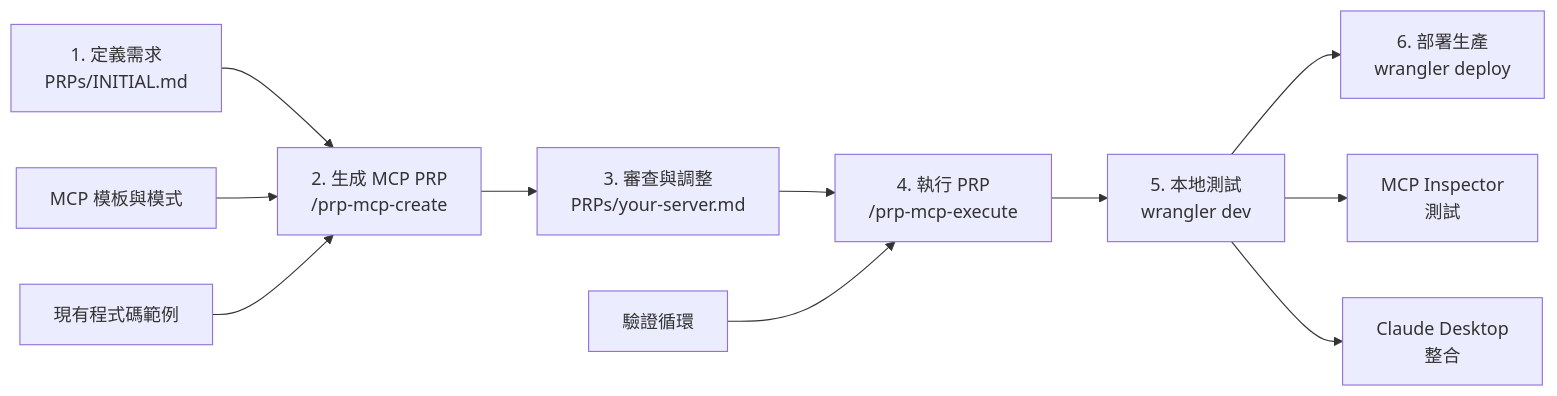
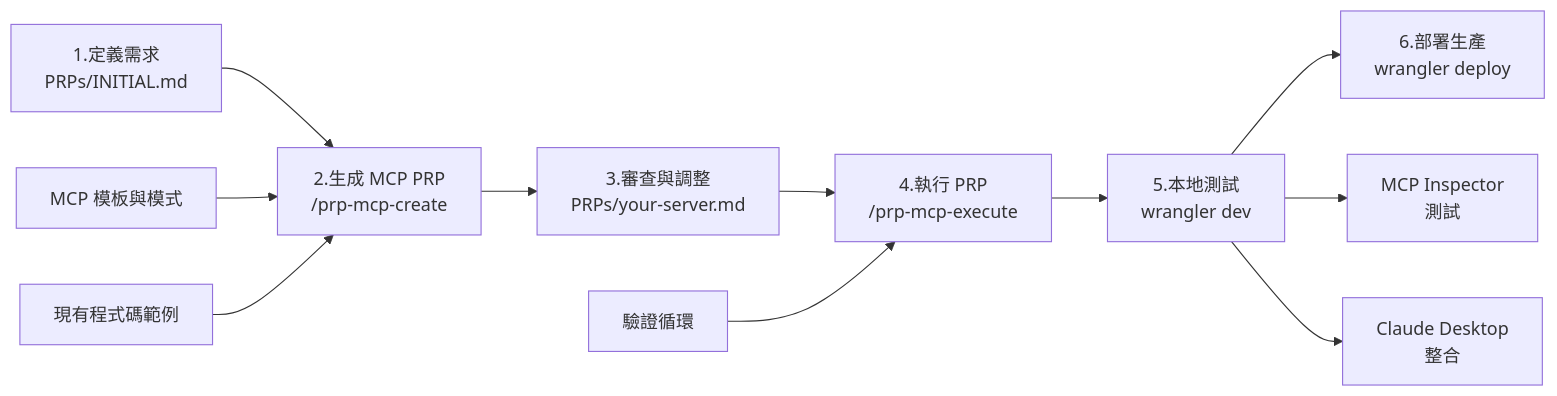
One commit to coleam00/context-engineering-intro changed the second of 2 diagrams in use-cases/mcp-server/README.md. Above: the diagram before and after it, drawn with Mermaid. The commit also changed other lines of this file and 7 other files, not shown here.

First line of the commit message:
fix: 修正 Mermaid 圖表格式以解決 GitHub 顯示問題

````diff
--- a/use-cases/mcp-server/README.md
+++ b/use-cases/mcp-server/README.md
@@ -35,15 +41,15 @@
 ```mermaid
 flowchart LR
-    A["1. 定義需求<br/>PRPs/INITIAL.md"] --> B["2. 生成 MCP PRP<br/>/prp-mcp-create"]
-    B --> C["3. 審查與調整<br/>PRPs/your-server.md"]
-    C --> D["4. 執行 PRP<br/>/prp-mcp-execute"]
-    D --> E["5. 本地測試<br/>wrangler dev"]
-    E --> F["6. 部署生產<br/>wrangler deploy"]
+    A["1.定義需求<br/>PRPs/INITIAL.md"] --> B["2.生成 MCP PRP<br/>/prp-mcp-create"]
+    B --> C["3.審查與調整<br/>PRPs/your-server.md"]
+    C --> D["4.執行 PRP<br/>/prp-mcp-execute"]
+    D --> E["5.本地測試<br/>wrangler dev"]
+    E --> F["6.部署生產<br/>wrangler deploy"]
     
     G["MCP 模板與模式"] --> B
     H["現有程式碼範例"] --> B
     I["驗證循環"] --> D
     
     E --> E1["MCP Inspector<br/>測試"]
     E --> E2["Claude Desktop<br/>整合"]
 ```
````
